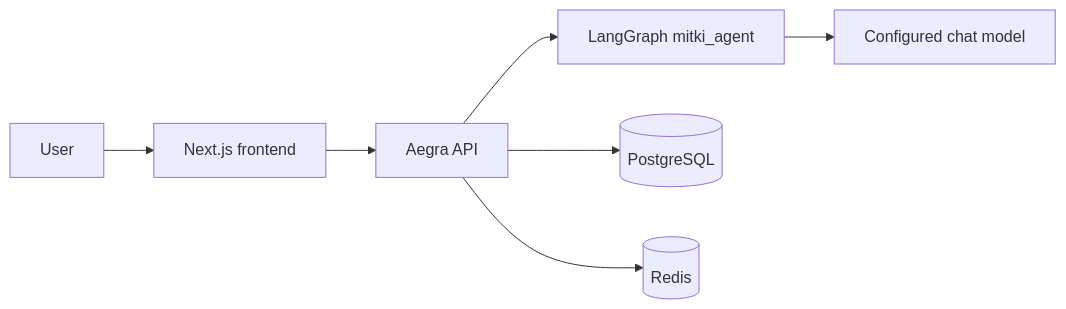
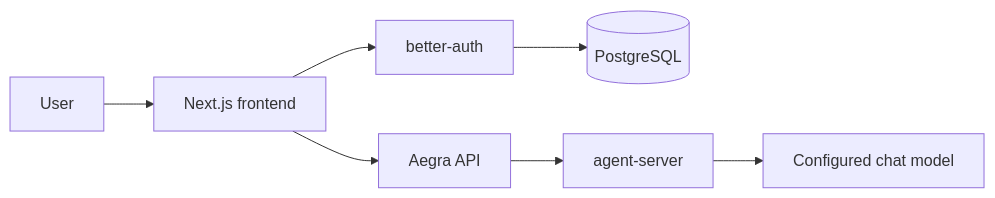
One commit to rynhan/mit-ki changed the diagram in architecture.md. Above: the diagram before and after it, drawn with Mermaid. The commit also changed other lines of this file and 1 other file, not shown here.

Commit message:
docs: update README and architecture.md documentation for better-auth integration and agent server structure

````diff
--- a/architecture.md
+++ b/architecture.md
@@ -33,9 +44,9 @@
 ```mermaid
 flowchart LR
-        U[User] --> F[Next.js frontend]
-        F --> A[Aegra API]
-        A --> G[LangGraph mitki_agent]
-        G --> M[Configured chat model]
-        A --> P[(PostgreSQL)]
-        A --> R[(Redis)]
+    U[User] --> F[Next.js frontend]
+    F --> BA[better-auth]
+    BA --> P[(PostgreSQL)]
+    F --> S[Aegra API]
+    S --> G[agent-server]
+    G --> M[Configured chat model]
 ```
````
